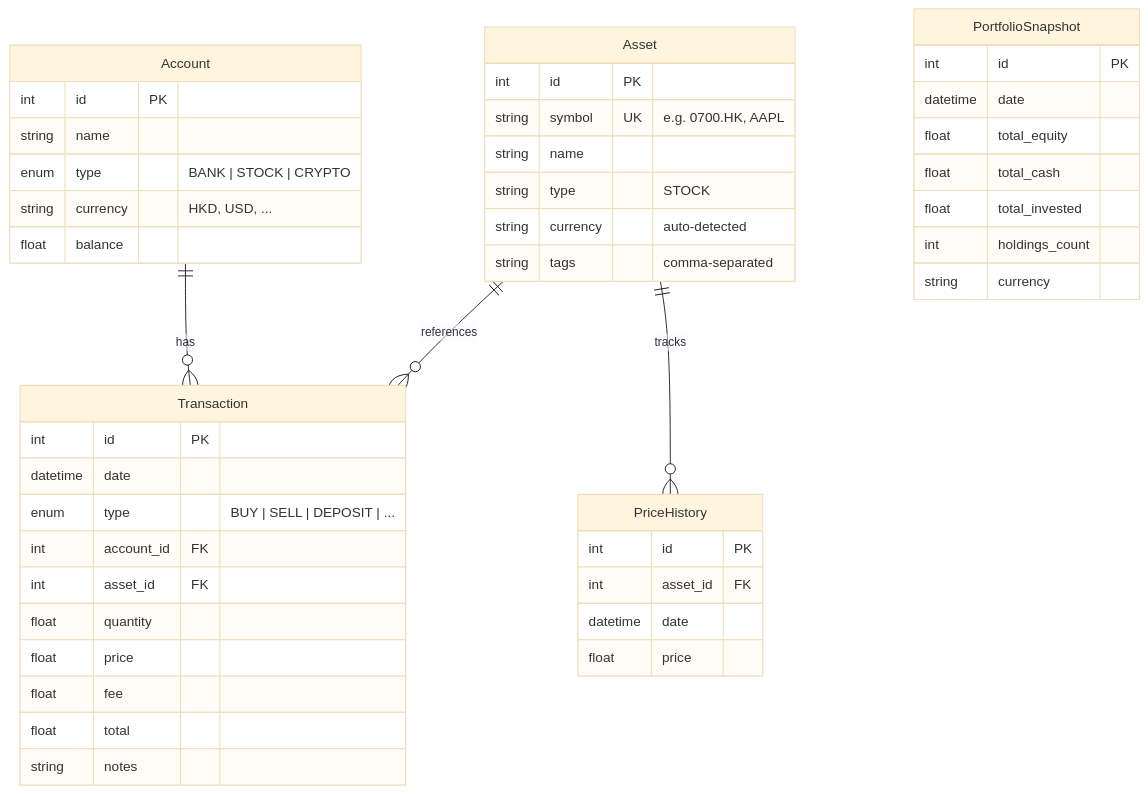
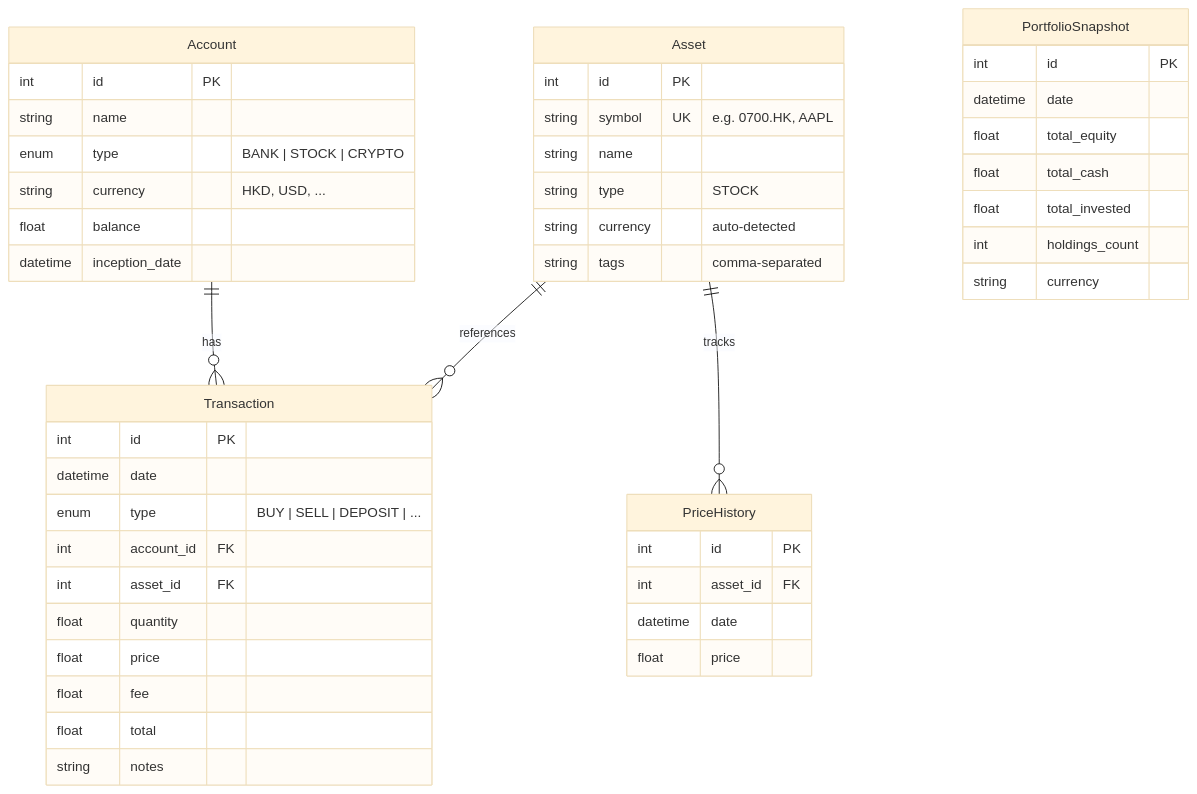
The second of 2 diagrams in README.md (TamChonMan/Assest), drawn with Mermaid (base theme) before and after one commit. The commit also changed other lines of this file and 14 other files, not shown here.

````diff
--- a/README.md
+++ b/README.md
@@ -219,49 +229,50 @@
 ```mermaid
 erDiagram
     Account ||--o{ Transaction : has
     Asset ||--o{ Transaction : references
     Asset ||--o{ PriceHistory : tracks
 
     Account {
         int id PK
         string name
         enum type "BANK | STOCK | CRYPTO"
         string currency "HKD, USD, ..."
         float balance
+        datetime inception_date
     }
     Asset {
         int id PK
         string symbol UK "e.g. 0700.HK, AAPL"
         string name
         string type "STOCK"
         string currency "auto-detected"
         string tags "comma-separated"
     }
     Transaction {
         int id PK
         datetime date
         enum type "BUY | SELL | DEPOSIT | ..."
         int account_id FK
         int asset_id FK
         float quantity
         float price
         float fee
         float total
         string notes
     }
     PriceHistory {
         int id PK
         int asset_id FK
         datetime date
         float price
     }
     PortfolioSnapshot {
         int id PK
         datetime date
         float total_equity
         float total_cash
         float total_invested
         int holdings_count
         string currency
     }
 ```
````
